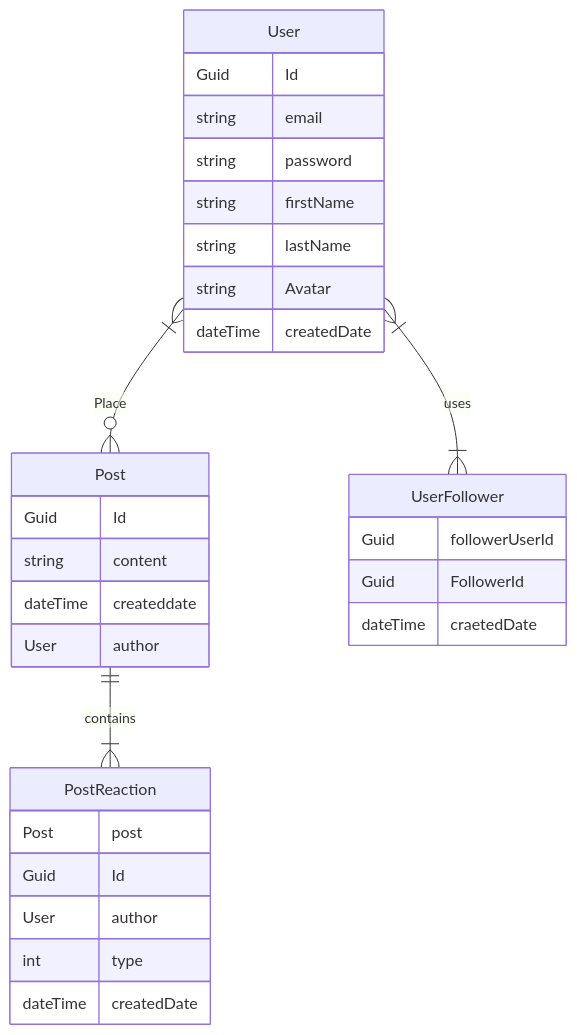
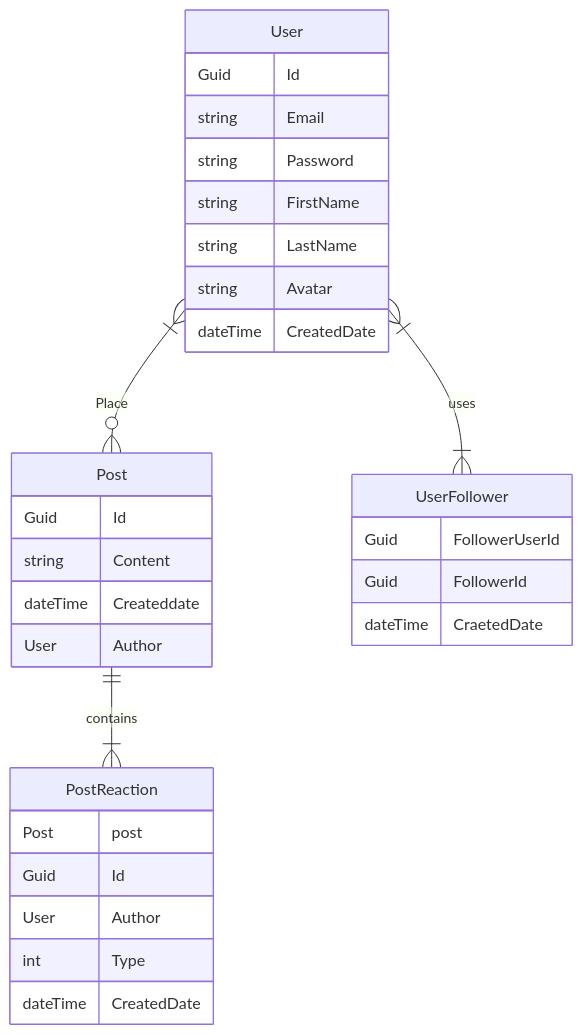
The diagram in src/InstagramClone.Api/Entities/InstagramClone.md (sobuse/InstagramClone), drawn with Mermaid before and after one commit.

Commit message:
changed  from snake case to Pascal Case

````diff
--- a/src/InstagramClone.Api/Entities/InstagramClone.md
+++ b/src/InstagramClone.Api/Entities/InstagramClone.md
@@ -3,40 +3,40 @@
 ```Mermaid
 erDiagram
 
     User |{--o{Post:Place
     Post ||--|{PostReaction: contains
     User}|--|{UserFollower: uses
     User{
        Guid Id
-       string email
-       string password
-       string firstName
-       string lastName
+       string Email
+       string Password
+       string FirstName
+       string LastName
        string Avatar
-       dateTime createdDate
+       dateTime CreatedDate
     }
 
     UserFollower{
-        Guid followerUserId
+        Guid FollowerUserId
         Guid FollowerId
-        dateTime craetedDate
+        dateTime CraetedDate
     }
 
     Post{
         Guid Id
-        string content
-        dateTime createddate
-        User author
+        string Content
+        dateTime Createddate
+        User Author
     }
 
 
 
     PostReaction{
         Post post
         Guid Id
-        User author
-        int type
-        dateTime createdDate
+        User Author
+        int Type
+        dateTime CreatedDate
     }
 
 ```
````
